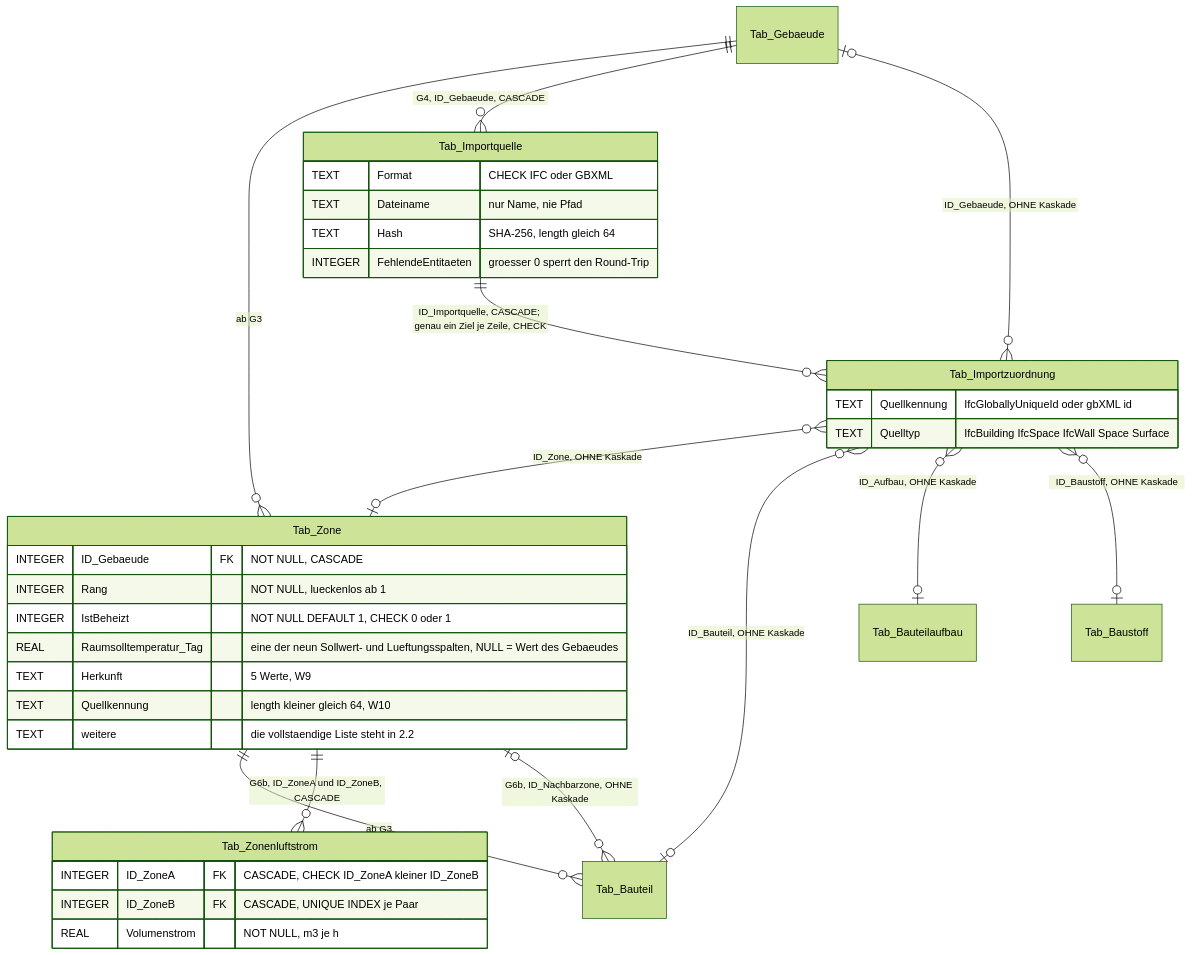
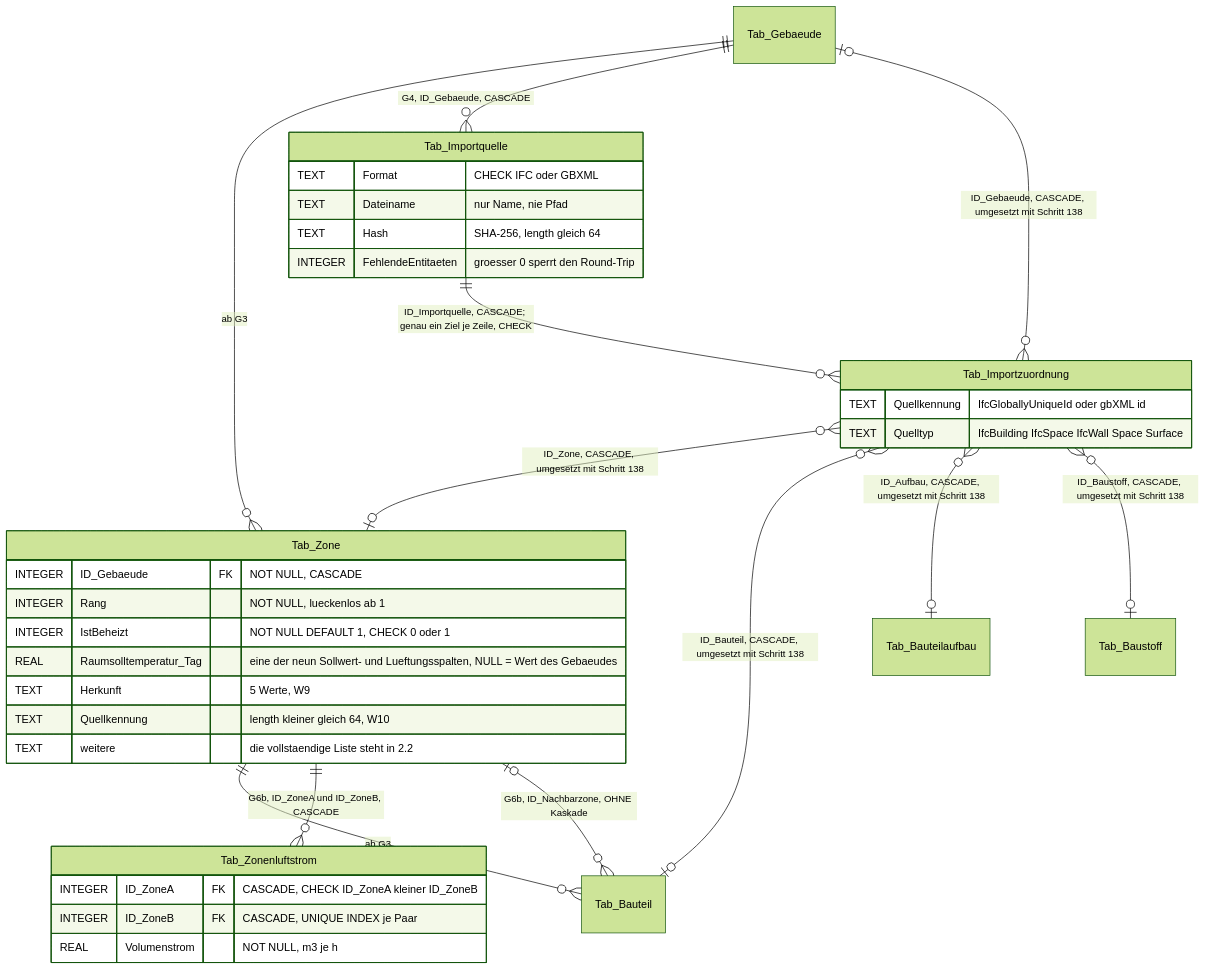
The sixth of 16 diagrams in Dokumentation/aktuell/Softwarearchitektur_Gebaeudesimulation_EPOS-Plan.md (inekon/EPOS-Plan), drawn with Mermaid (forest theme) before and after one commit. The commit also changed other lines of this file and 2 other files, not shown here.

````diff
--- a/Dokumentation/aktuell/Softwarearchitektur_Gebaeudesimulation_EPOS-Plan.md
+++ b/Dokumentation/aktuell/Softwarearchitektur_Gebaeudesimulation_EPOS-Plan.md
@@ -790,38 +804,38 @@
 ```mermaid
 erDiagram
     Tab_Gebaeude ||--o{ Tab_Zone : "ab G3"
     Tab_Zone ||--o{ Tab_Bauteil : "ab G3"
     Tab_Zone ||--o{ Tab_Zonenluftstrom : "G6b, ID_ZoneA und ID_ZoneB, CASCADE"
     Tab_Bauteil }o--o| Tab_Zone : "G6b, ID_Nachbarzone, OHNE Kaskade"
     Tab_Gebaeude ||--o{ Tab_Importquelle : "G4, ID_Gebaeude, CASCADE"
     Tab_Importquelle ||--o{ Tab_Importzuordnung : "ID_Importquelle, CASCADE; genau ein Ziel je Zeile, CHECK"
-    Tab_Importzuordnung }o--o| Tab_Gebaeude : "ID_Gebaeude, OHNE Kaskade"
-    Tab_Importzuordnung }o--o| Tab_Zone : "ID_Zone, OHNE Kaskade"
-    Tab_Importzuordnung }o--o| Tab_Bauteil : "ID_Bauteil, OHNE Kaskade"
-    Tab_Importzuordnung }o--o| Tab_Bauteilaufbau : "ID_Aufbau, OHNE Kaskade"
-    Tab_Importzuordnung }o--o| Tab_Baustoff : "ID_Baustoff, OHNE Kaskade"
+    Tab_Importzuordnung }o--o| Tab_Gebaeude : "ID_Gebaeude, CASCADE, umgesetzt mit Schritt 138"
+    Tab_Importzuordnung }o--o| Tab_Zone : "ID_Zone, CASCADE, umgesetzt mit Schritt 138"
+    Tab_Importzuordnung }o--o| Tab_Bauteil : "ID_Bauteil, CASCADE, umgesetzt mit Schritt 138"
+    Tab_Importzuordnung }o--o| Tab_Bauteilaufbau : "ID_Aufbau, CASCADE, umgesetzt mit Schritt 138"
+    Tab_Importzuordnung }o--o| Tab_Baustoff : "ID_Baustoff, CASCADE, umgesetzt mit Schritt 138"
     Tab_Zone {
         INTEGER ID_Gebaeude FK "NOT NULL, CASCADE"
         INTEGER Rang "NOT NULL, lueckenlos ab 1"
         INTEGER IstBeheizt "NOT NULL DEFAULT 1, CHECK 0 oder 1"
         REAL Raumsolltemperatur_Tag "eine der neun Sollwert- und Lueftungsspalten, NULL = Wert des Gebaeudes"
         TEXT Herkunft "5 Werte, W9"
         TEXT Quellkennung "length kleiner gleich 64, W10"
         TEXT weitere "die vollstaendige Liste steht in 2.2"
     }
     Tab_Zonenluftstrom {
         INTEGER ID_ZoneA FK "CASCADE, CHECK ID_ZoneA kleiner ID_ZoneB"
         INTEGER ID_ZoneB FK "CASCADE, UNIQUE INDEX je Paar"
         REAL Volumenstrom "NOT NULL, m3 je h"
     }
     Tab_Importquelle {
         TEXT Format "CHECK IFC oder GBXML"
         TEXT Dateiname "nur Name, nie Pfad"
         TEXT Hash "SHA-256, length gleich 64"
         INTEGER FehlendeEntitaeten "groesser 0 sperrt den Round-Trip"
     }
     Tab_Importzuordnung {
         TEXT Quellkennung "IfcGloballyUniqueId oder gbXML id"
         TEXT Quelltyp "IfcBuilding IfcSpace IfcWall Space Surface"
     }
 ```
````
